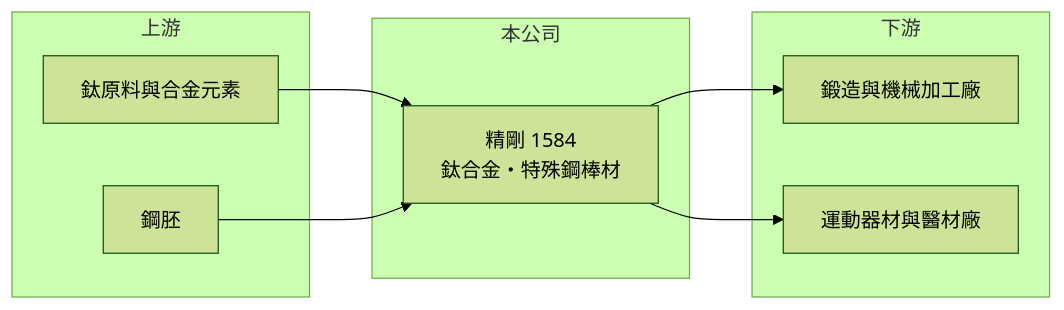
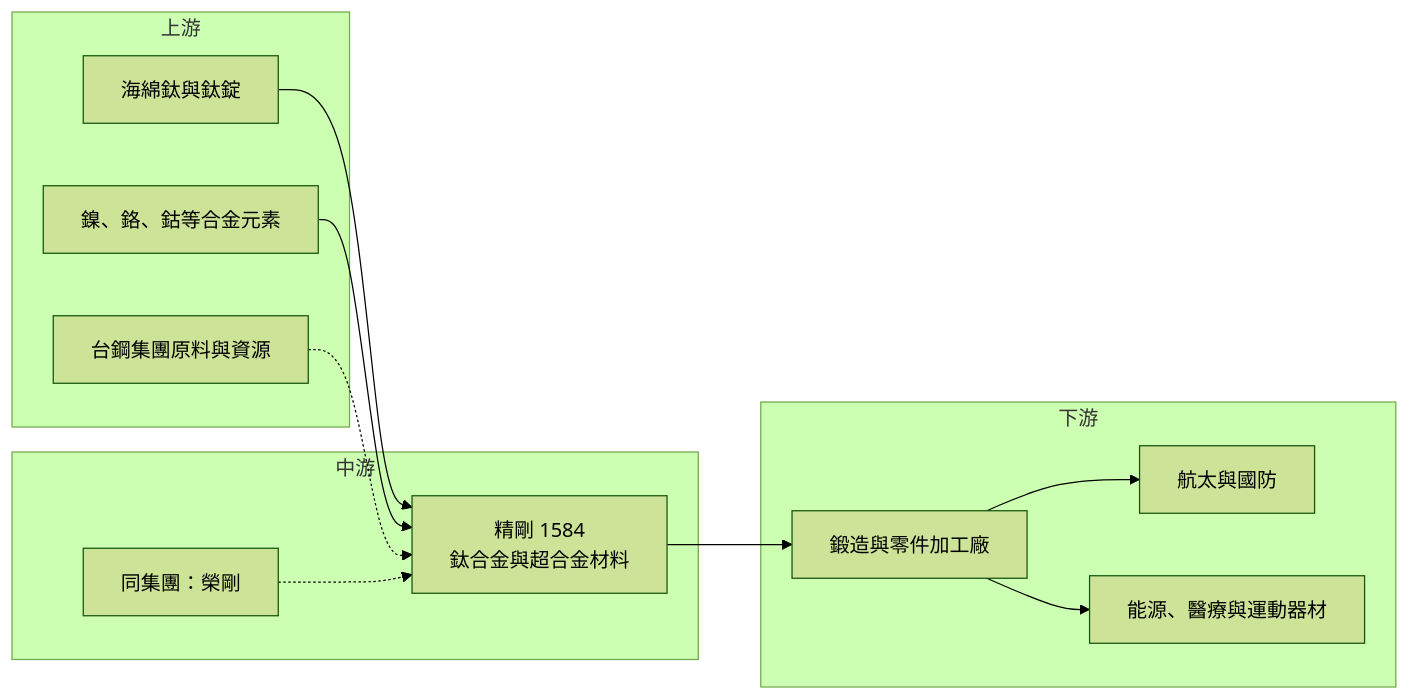
Before and after one commit to wangnick1004/taiwan-stock-vault: the fourth of 4 diagrams in 個股/台股/1584精剛.md, drawn with Mermaid (forest theme). The commit also changed other lines of this file and 16 other files, not shown here.

````diff
--- a/個股/台股/1584精剛.md
+++ b/個股/台股/1584精剛.md
@@ -80,18 +216,24 @@
 ```mermaid
 flowchart LR
     subgraph 上游
-        A1["鈦原料與合金元素"]
-        A2["鋼胚"]
+        A1["海綿鈦與鈦錠"]
+        A2["鎳、鉻、鈷等合金元素"]
+        A3["台鋼集團原料與資源"]
     end
-    subgraph 本公司
-        B["精剛 1584<br/>鈦合金・特殊鋼棒材"]
+    subgraph 中游
+        B["精剛 1584<br/>鈦合金與超合金材料"]
+        B2["同集團：榮剛"]
     end
     subgraph 下游
-        C1["鍛造與機械加工廠"]
-        C2["運動器材與醫材廠"]
+        C1["鍛造與零件加工廠"]
+        C2["航太與國防"]
+        C3["能源、醫療與運動器材"]
     end
     A1 --> B
     A2 --> B
+    A3 -.-> B
+    B2 -.-> B
     B --> C1
-    B --> C2
+    C1 --> C2
+    C1 --> C3
 ```
````
